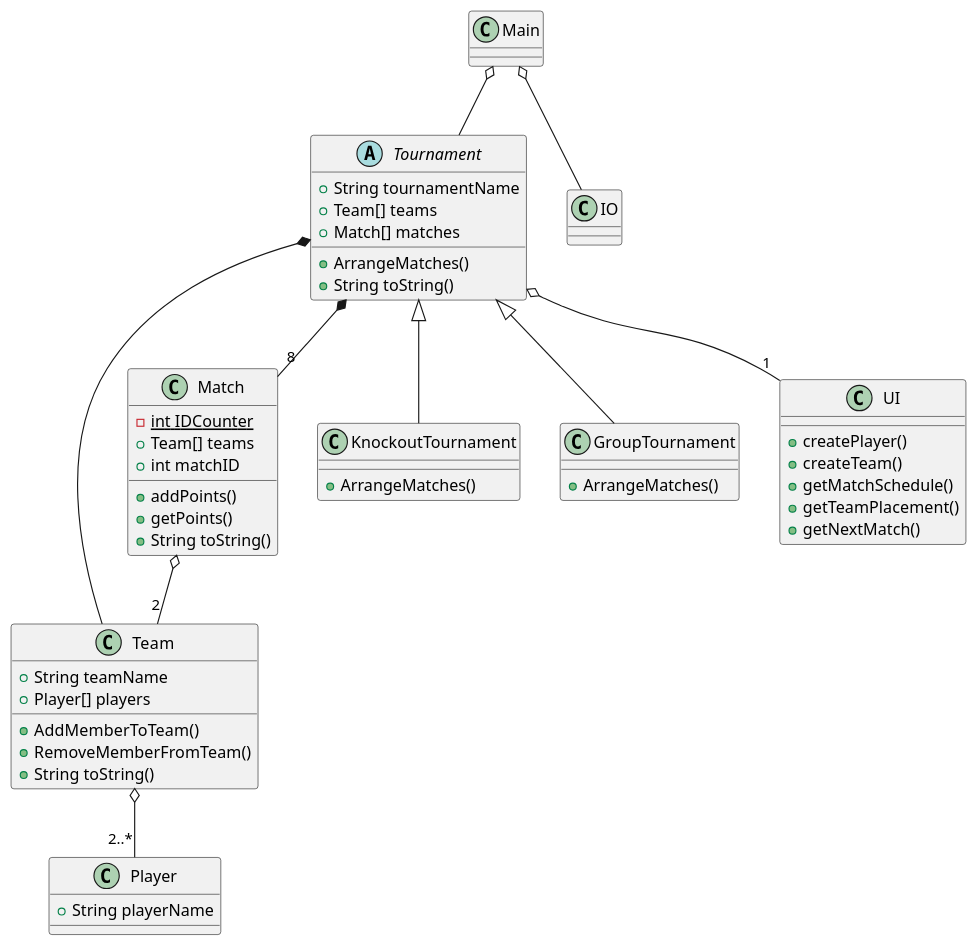
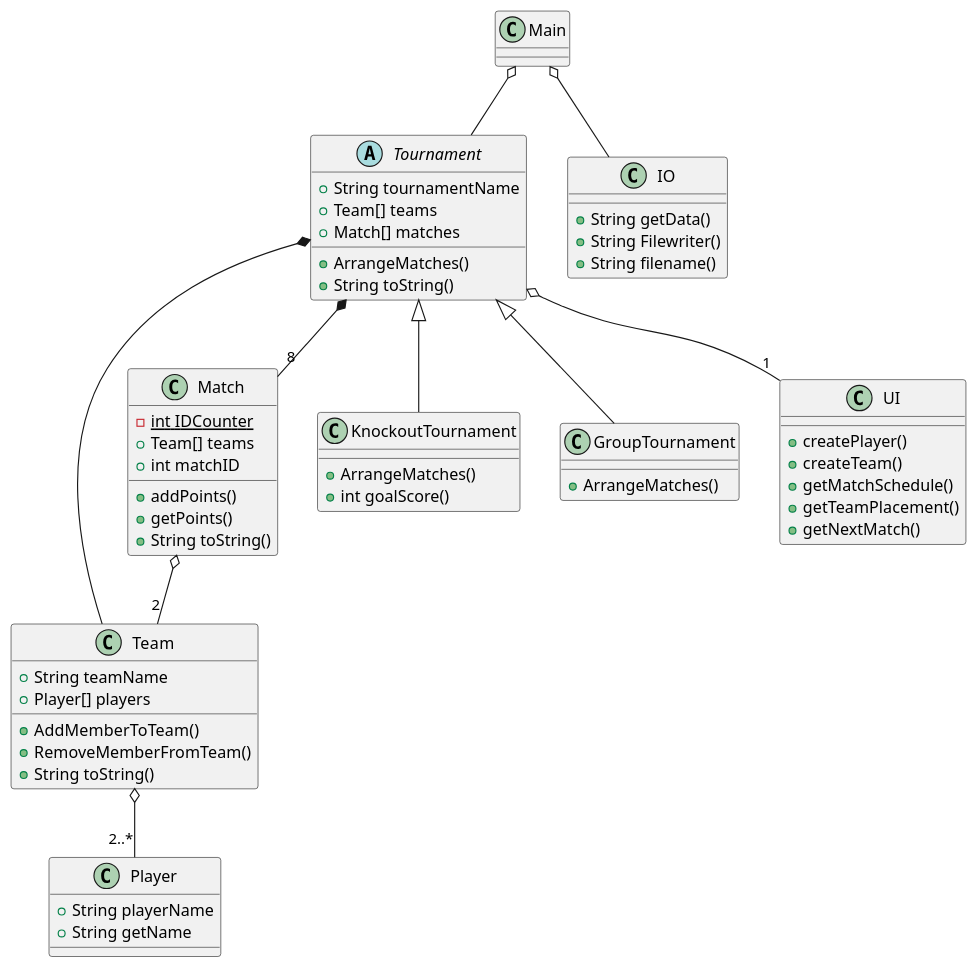
The diagram in doc/Class.puml (DeRp-DaWg/SP3), drawn with PlantUML before and after one commit. The commit also changed 1 other file, not shown here.

```diff
--- a/doc/Class.puml
+++ b/doc/Class.puml
@@ -1,65 +1,70 @@
 @startuml
 'https://plantuml.com/class-diagram
 
 class Player {
 +String playerName
++String getName
 }
 
 class Team {
 +String teamName
 +Player[] players
 +AddMemberToTeam()
 +RemoveMemberFromTeam()
 +String toString()
 }
 
 class Match{
 -int {static} IDCounter
 +Team[] teams
 +int matchID
 +addPoints()
 +getPoints()
 +String toString()
 }
 
 abstract Tournament {
 +String tournamentName
 +Team[] teams
 +Match[] matches
 +ArrangeMatches()
 +String toString()
 }
 
 class KnockoutTournament{
 +ArrangeMatches()
++int goalScore()
 }
 
 class GroupTournament{
 +ArrangeMatches()
 }
 
 class UI {
 +createPlayer()
 +createTeam()
 +getMatchSchedule()
 +getTeamPlacement()
 +getNextMatch()
 }
 
 class IO {
++String getData()
++String Filewriter()
++String filename()
 }
 
 class Main{
 }
 
 Main o-- Tournament
 Main o-- IO
 Tournament o-- "1" UI
 Tournament *-- "8" Match
 Tournament *-- Team
 Match o-- "2" Team
 Team o-- "2..*" Player
 Tournament <|-- KnockoutTournament
 Tournament <|-- GroupTournament
 
 @enduml
```
